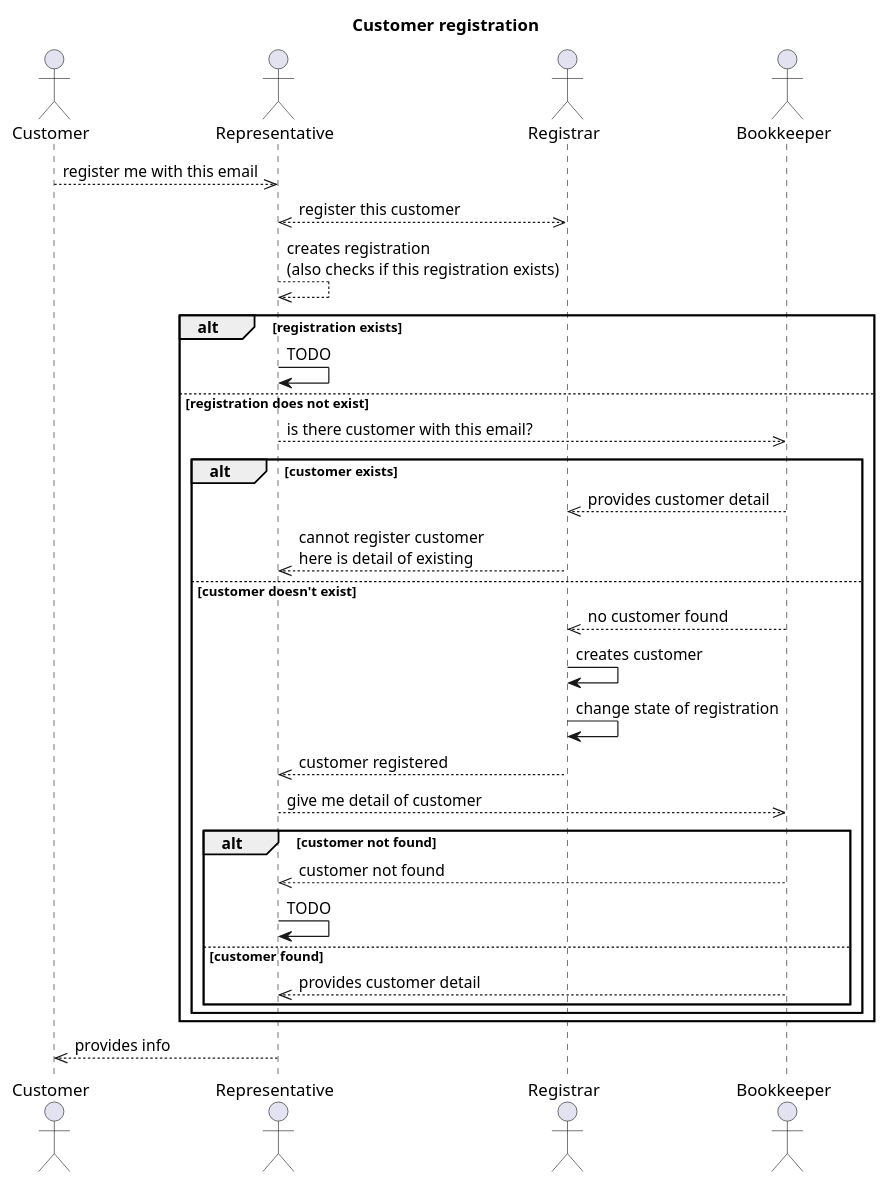
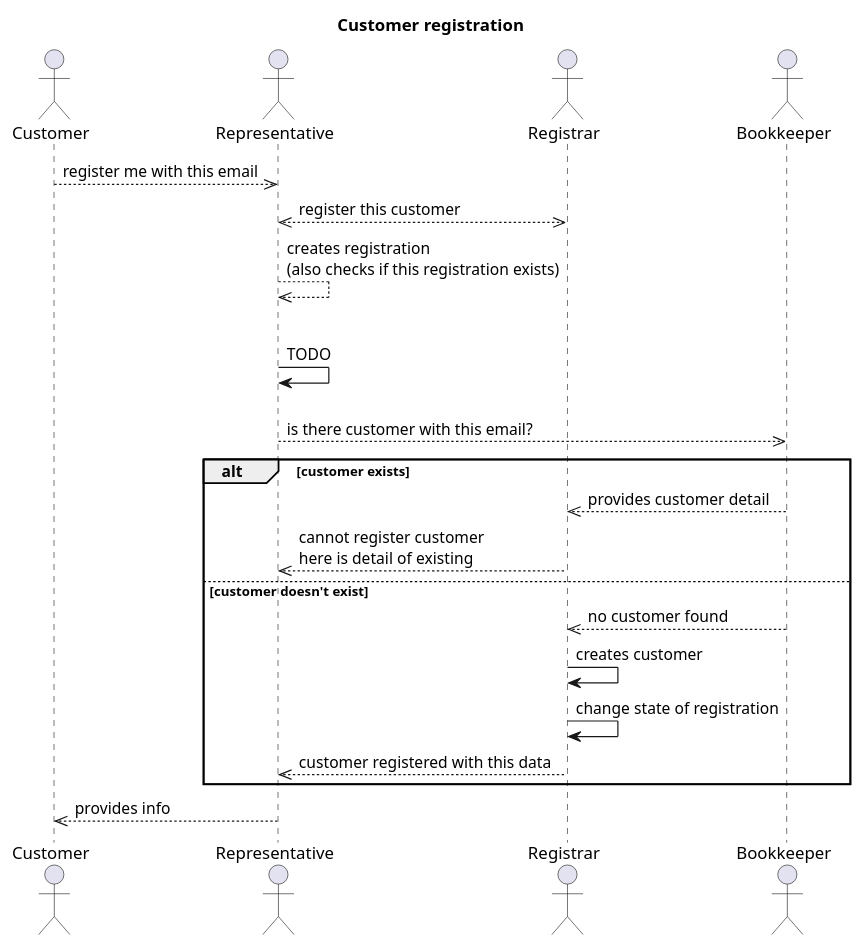
One commit to anoordover/customer-manager changed the diagram in src/docs/puml/registration-futures.puml. Above: the diagram before and after it, drawn with PlantUML. The commit also changed 7 other files, not shown here.

Commit message:
registration flow simplified and sleep removed

```diff
--- a/src/docs/puml/registration-futures.puml
+++ b/src/docs/puml/registration-futures.puml
@@ -1,40 +1,31 @@
 @startuml
 
 title Customer registration
 
 actor Customer as c
 actor Representative as re
 actor Registrar as r
 actor Bookkeeper as b
 
 c -->> re: register me with this email
 re <<-->> r: register this customer
 
 re -->> re: creates registration\n(also checks if this registration exists)
 alt registration exists
 re -> re: TODO
 else registration does not exist
 re -->> b: is there customer with this email?
 
 alt customer exists
 b -->> r: provides customer detail
 r -->> re: cannot register customer\nhere is detail of existing
 else customer doesn't exist
 b -->> r: no customer found
 r -> r: creates customer
 r -> r: change state of registration
-r -->> re: customer registered
-re -->> b: give me detail of customer
-
-alt customer not found
-b -->> re: customer not found
-re -> re: TODO
-else customer found
-b -->> re: provides customer detail
-end
-end
+r -->> re: customer registered with this data
 end
 
 re -->> c: provides info
 
 @enduml
```
